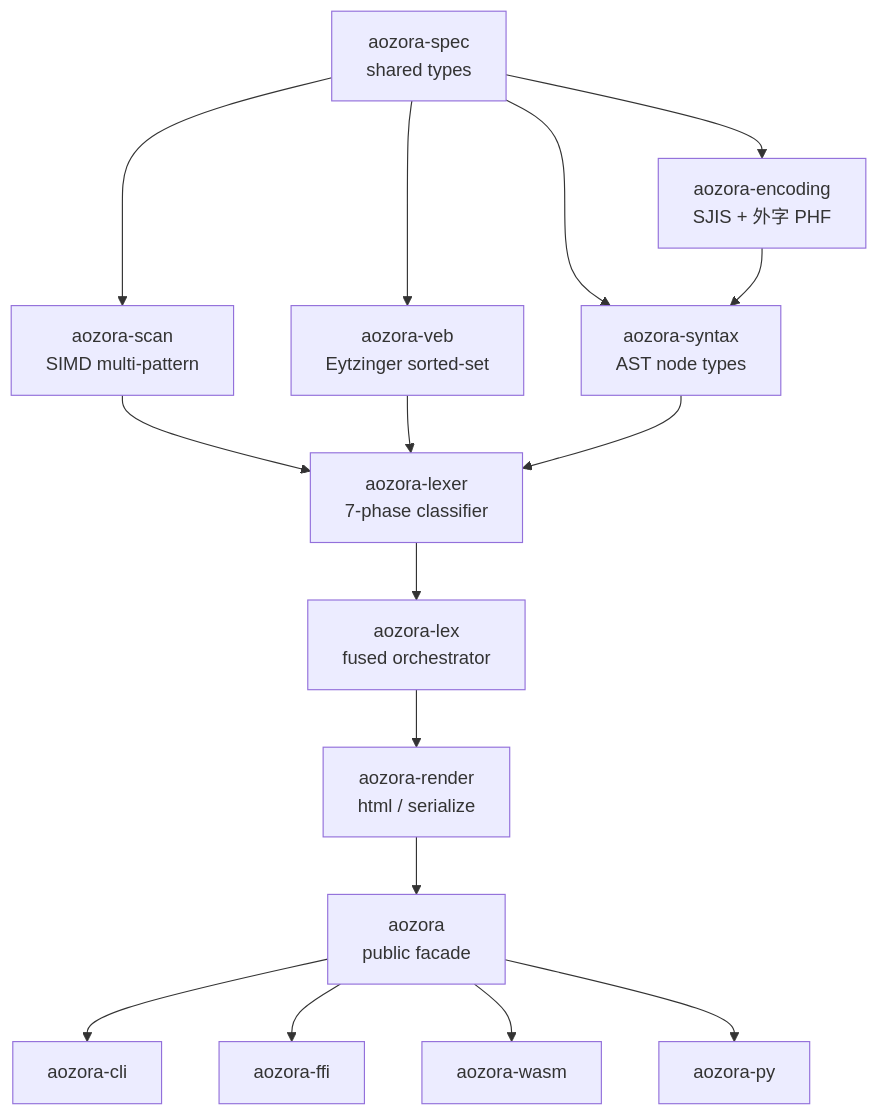
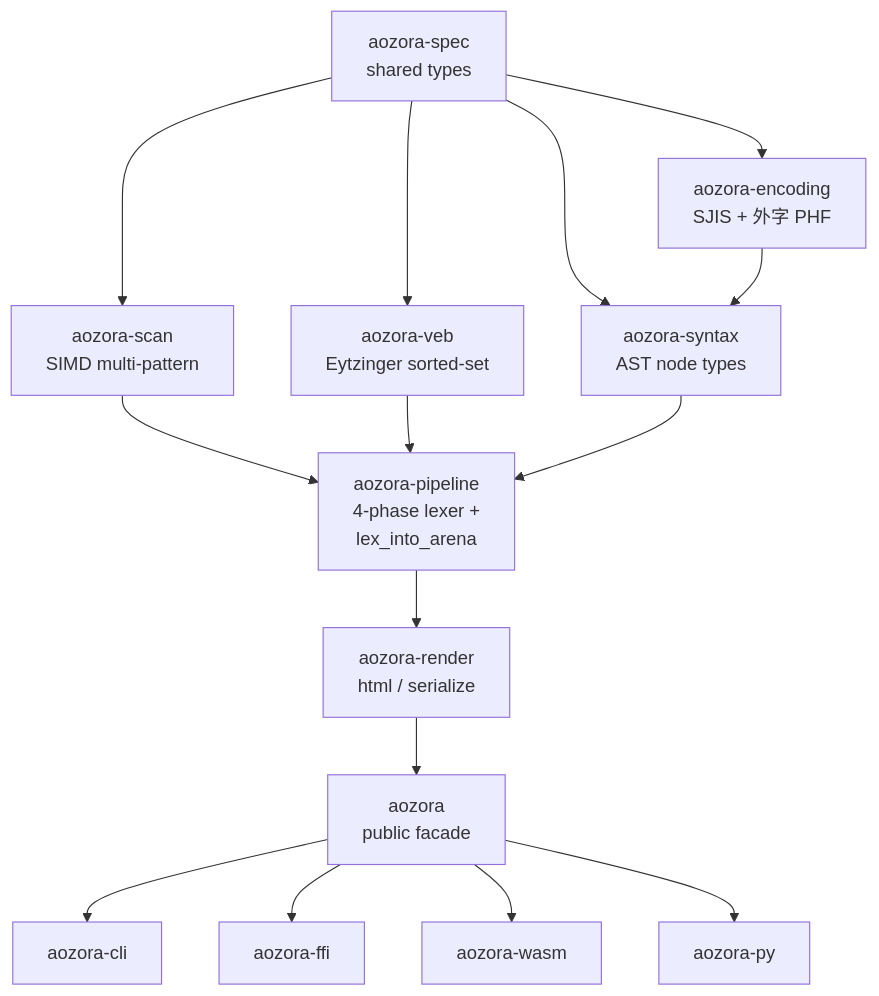
Before and after one commit to P4suta/aozora: the second of 2 diagrams in crates/aozora-book/src/arch/pipeline.md, drawn with Mermaid. The commit also changed other lines of this file and 116 other files, not shown here.

````diff
--- a/crates/aozora-book/src/arch/pipeline.md
+++ b/crates/aozora-book/src/arch/pipeline.md
@@ -29,32 +29,30 @@
 ```mermaid
 flowchart TD
     spec["aozora-spec<br/>shared types"]
     encoding["aozora-encoding<br/>SJIS + 外字 PHF"]
     scan["aozora-scan<br/>SIMD multi-pattern"]
     veb["aozora-veb<br/>Eytzinger sorted-set"]
     syntax["aozora-syntax<br/>AST node types"]
-    lexer["aozora-lexer<br/>7-phase classifier"]
-    lex["aozora-lex<br/>fused orchestrator"]
+    pipeline["aozora-pipeline<br/>4-phase lexer +<br/>lex_into_arena"]
     render["aozora-render<br/>html / serialize"]
     facade["aozora<br/>public facade"]
     cli["aozora-cli"]
     ffi["aozora-ffi"]
     wasm["aozora-wasm"]
     py["aozora-py"]
 
     spec --> encoding
     spec --> scan
     spec --> veb
     spec --> syntax
     encoding --> syntax
-    scan --> lexer
-    veb --> lexer
-    syntax --> lexer
-    lexer --> lex
-    lex --> render
+    scan --> pipeline
+    veb --> pipeline
+    syntax --> pipeline
+    pipeline --> render
     render --> facade
     facade --> cli
     facade --> ffi
     facade --> wasm
     facade --> py
 ```
````
